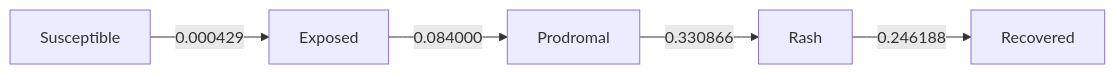
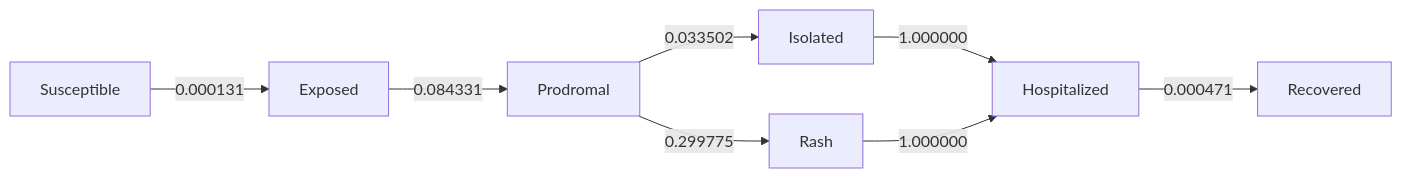
Before and after one commit to EpiForeSITE/epiworld-measles: the diagram in school_quarantine/new_bridge_88.md, drawn with Mermaid. The commit also changed other lines of this file and 12 other files, not shown here.

````diff
--- a/school_quarantine/new_bridge_88.md
+++ b/school_quarantine/new_bridge_88.md
@@ -130,13 +134,18 @@
 ``` mermaid
 flowchart LR
     s0[Exposed]
-    s1[Prodromal]
-    s2[Rash]
-    s3[Recovered]
-    s4[Susceptible]
-    s0 -->|0.084000| s1
-    s1 -->|0.330866| s2
-    s2 -->|0.246188| s3
-    s4 -->|0.000429| s0
+    s1[Hospitalized]
+    s2[Isolated]
+    s3[Prodromal]
+    s4[Rash]
+    s5[Recovered]
+    s6[Susceptible]
+    s0 -->|0.084331| s3
+    s1 -->|0.000471| s5
+    s2 -->|1.000000| s1
+    s3 -->|0.033502| s2
+    s3 -->|0.299775| s4
+    s4 -->|1.000000| s1
+    s6 -->|0.000131| s0
 
 ```
````
